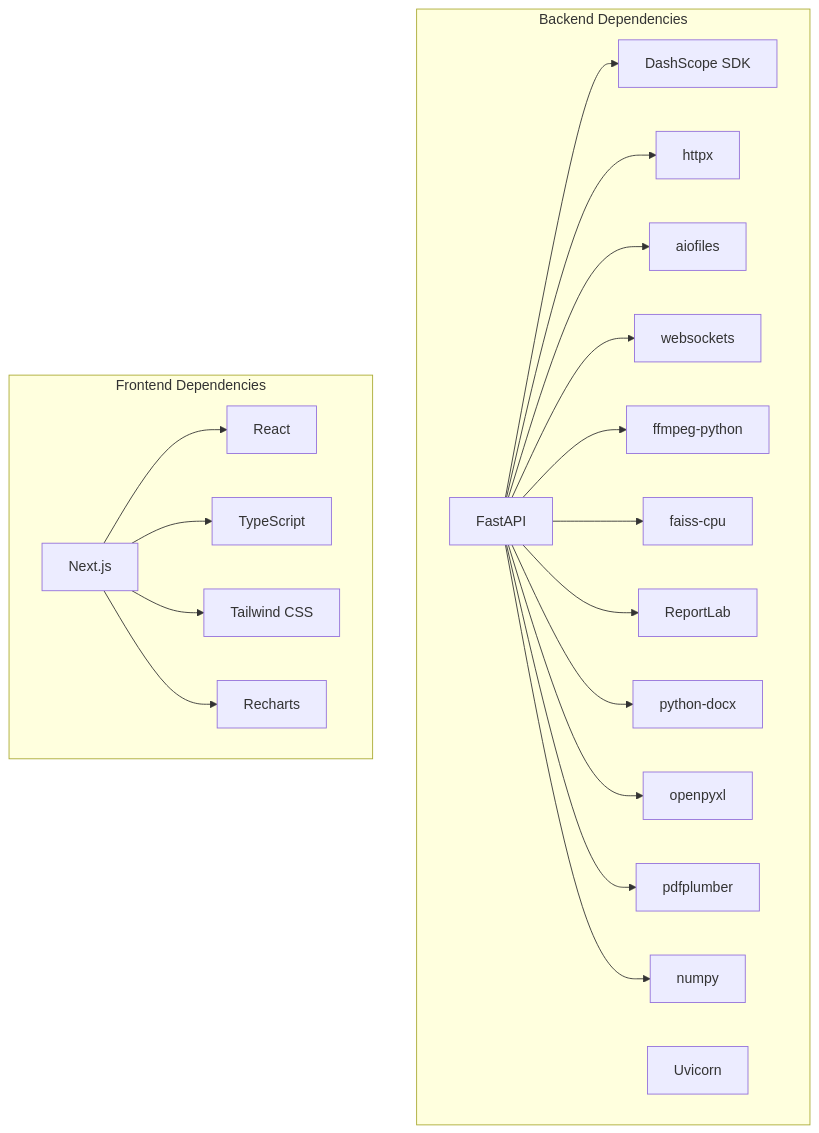
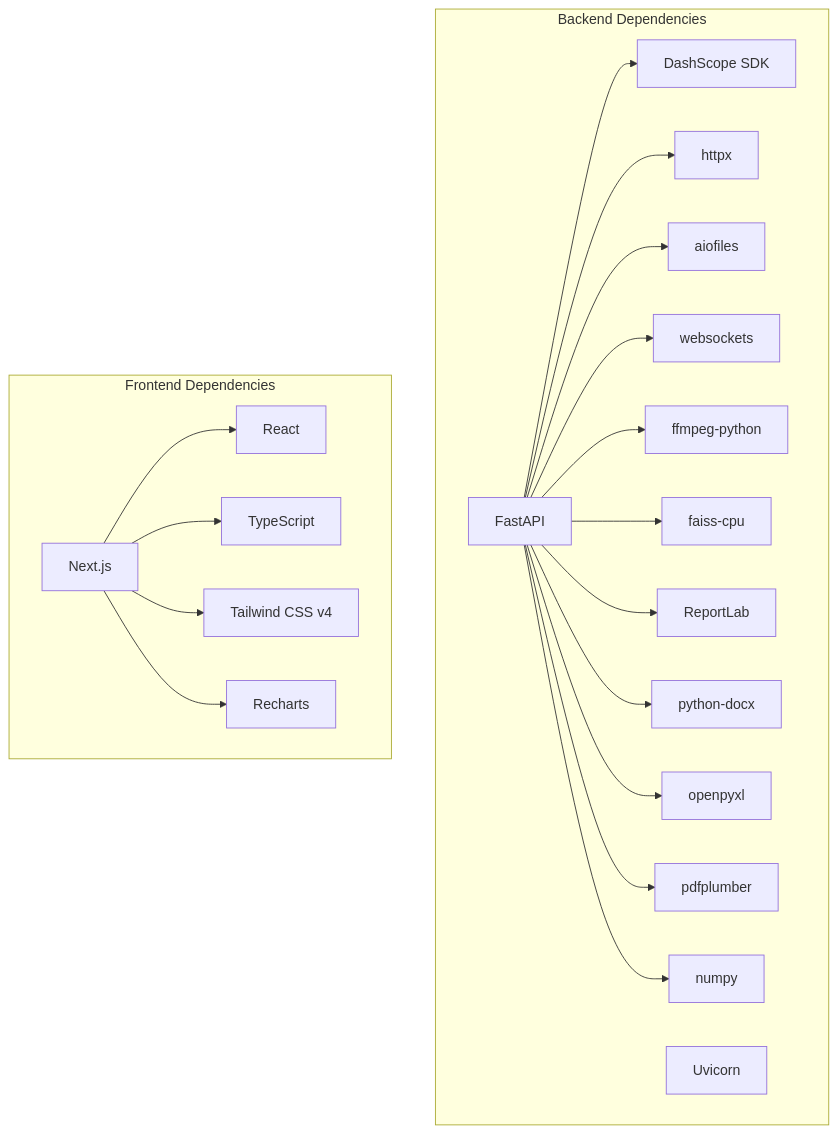
Before and after one commit to alexandreybasta-cyber/dubai-media-ai: the tenth of 10 diagrams in .qoder/repowiki/en/content/System Architecture/Technology Stack.md, drawn with Mermaid. The commit also changed other lines of this file and 55 other files, not shown here.

````diff
--- a/.qoder/repowiki/en/content/System Architecture/Technology Stack.md
+++ b/.qoder/repowiki/en/content/System Architecture/Technology Stack.md
@@ -340,40 +386,40 @@
 ```mermaid
 graph TB
 subgraph "Backend Dependencies"
 F["FastAPI"]
 U["Uvicorn"]
 D["DashScope SDK"]
 FF["ffmpeg-python"]
 FA["faiss-cpu"]
 RL["ReportLab"]
 DX["python-docx"]
 XL["openpyxl"]
 PL["pdfplumber"]
 NP["numpy"]
 AF["aiofiles"]
 HT["httpx"]
 WS["websockets"]
 end
 subgraph "Frontend Dependencies"
 NX["Next.js"]
 RX["React"]
 TS["TypeScript"]
-TW["Tailwind CSS"]
+TW["Tailwind CSS v4"]
 RC["Recharts"]
 end
 F --> D
 F --> HT
 F --> AF
 F --> WS
 F --> FF
 F --> FA
 F --> RL
 F --> DX
 F --> XL
 F --> PL
 F --> NP
 NX --> RX
 NX --> TS
 NX --> TW
 NX --> RC
 ```
````
